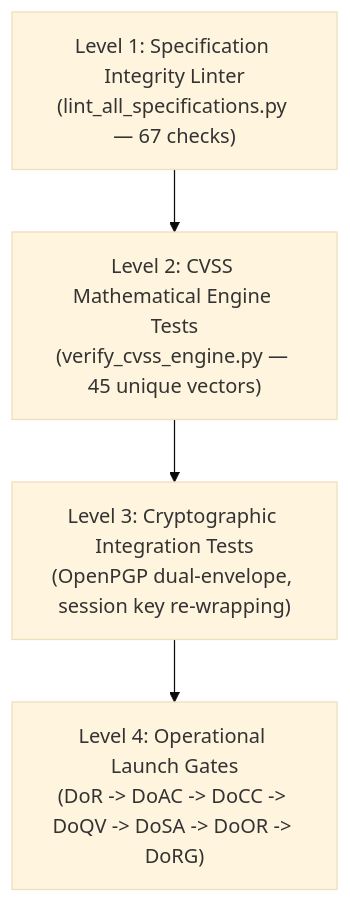
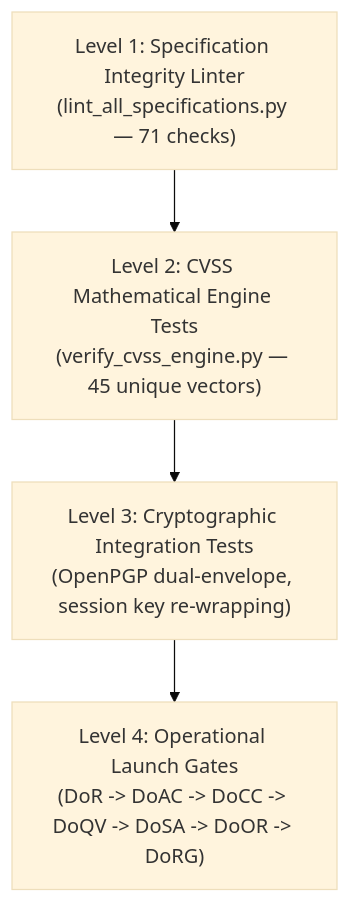
The diagram in README.md (Taha-Asad/BugBountyTracker), drawn with Mermaid (base theme) before and after one commit. The commit also changed other lines of this file and 15 other files, not shown here.

````diff
--- a/README.md
+++ b/README.md
@@ -107,6 +115,6 @@
 ```mermaid
 flowchart TD
-    L1["Level 1: Specification Integrity Linter<br/>(lint_all_specifications.py — 67 checks)"] --> L2["Level 2: CVSS Mathematical Engine Tests<br/>(verify_cvss_engine.py — 45 unique vectors)"]
+    L1["Level 1: Specification Integrity Linter<br/>(lint_all_specifications.py — 71 checks)"] --> L2["Level 2: CVSS Mathematical Engine Tests<br/>(verify_cvss_engine.py — 45 unique vectors)"]
     L2 --> L3["Level 3: Cryptographic Integration Tests<br/>(OpenPGP dual-envelope, session key re-wrapping)"]
     L3 --> L4["Level 4: Operational Launch Gates<br/>(DoR -> DoAC -> DoCC -> DoQV -> DoSA -> DoOR -> DoRG)"]
 ```
````
